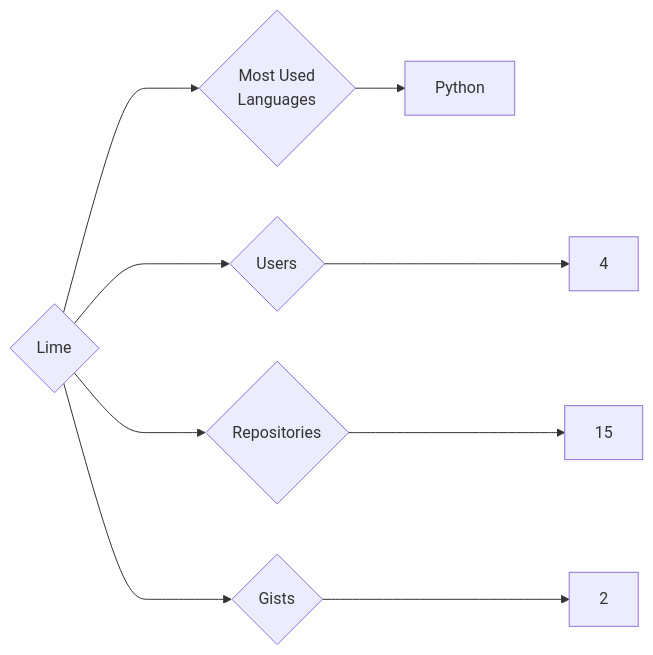
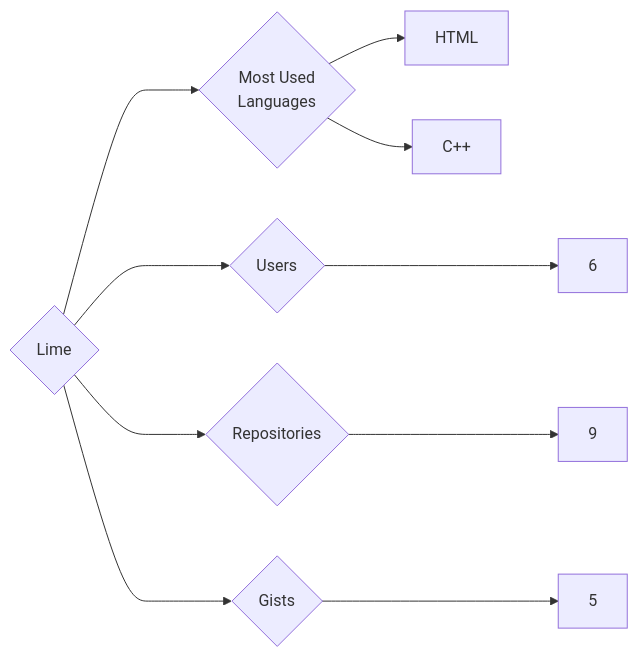
One commit to trickest/insiders changed the diagram in targets/Lime/README.md. Above: the diagram before and after it, drawn with Mermaid. The commit also changed 1496 other files, not shown here.

````diff
--- a/targets/Lime/README.md
+++ b/targets/Lime/README.md
@@ -3,9 +3,10 @@
 ```mermaid
 graph LR
 COMPANY_NAME{Lime}
-COMPANY_NAME ---> U{Users} ---> UN[4]
-COMPANY_NAME ---> R{Repositories} ---> RN[15]
-COMPANY_NAME ---> G{Gists} ---> GN[2]
+COMPANY_NAME ---> U{Users} ---> UN[6]
+COMPANY_NAME ---> R{Repositories} ---> RN[9]
+COMPANY_NAME ---> G{Gists} ---> GN[5]
 COMPANY_NAME ---> ML{Most Used<br>Languages}
-ML --> Python[Python]
+ML --> HTML[HTML]
+ML --> C++[C++]
 ```
````
